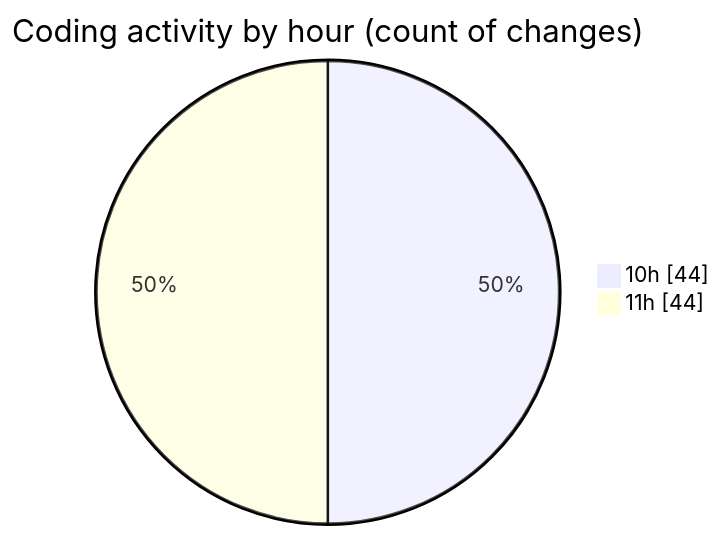
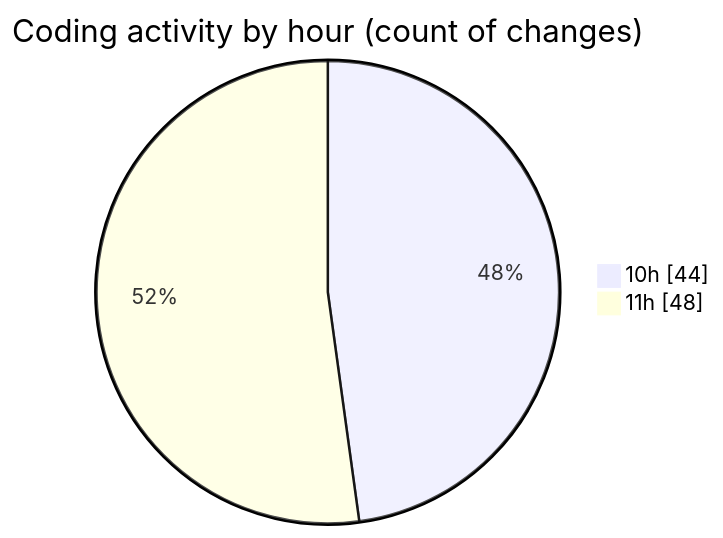
Before and after one commit to momahboobian/code-tracking: the second of 2 diagrams in 2025-08-28/cda/README.md, drawn with Mermaid. The commit also changed other lines of this file and 1 other file, not shown here.

````diff
--- a/2025-08-28/cda/README.md
+++ b/2025-08-28/cda/README.md
@@ -31,6 +31,6 @@
 ```mermaid
 pie showData
 title Coding activity by hour (count of changes)
 "10h" : 44
-"11h" : 44
+"11h" : 48
 ```
````
